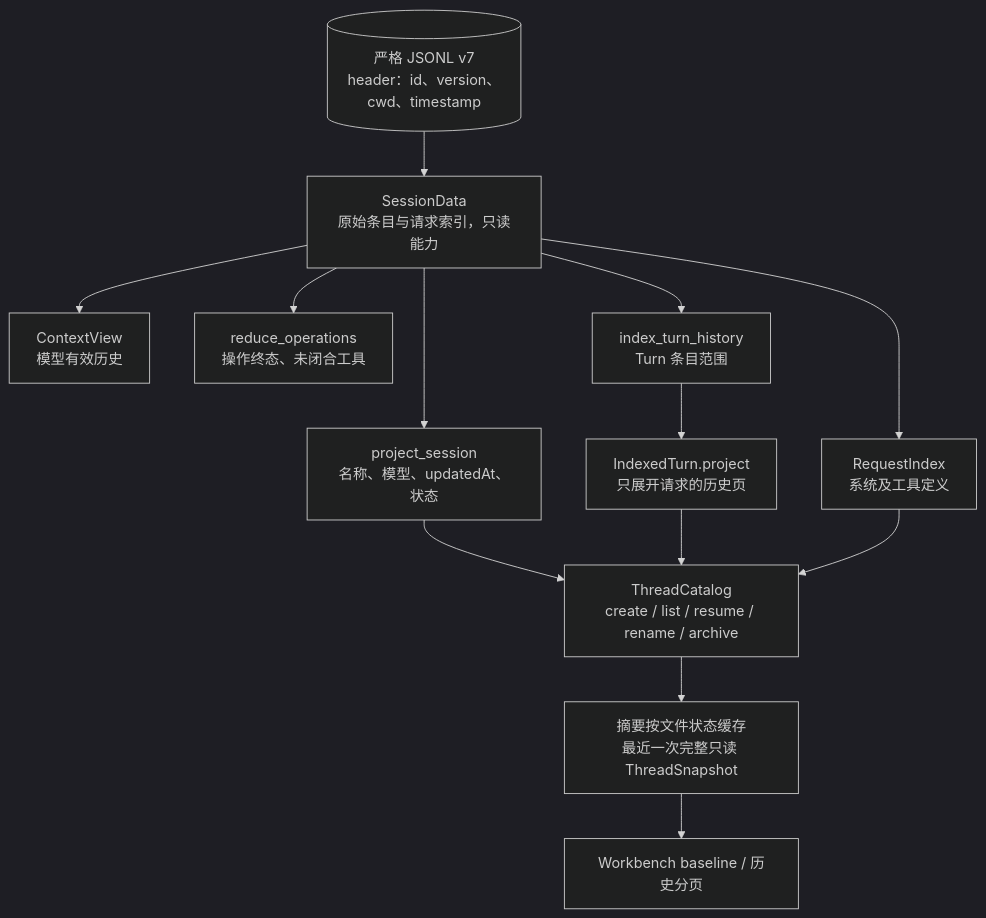
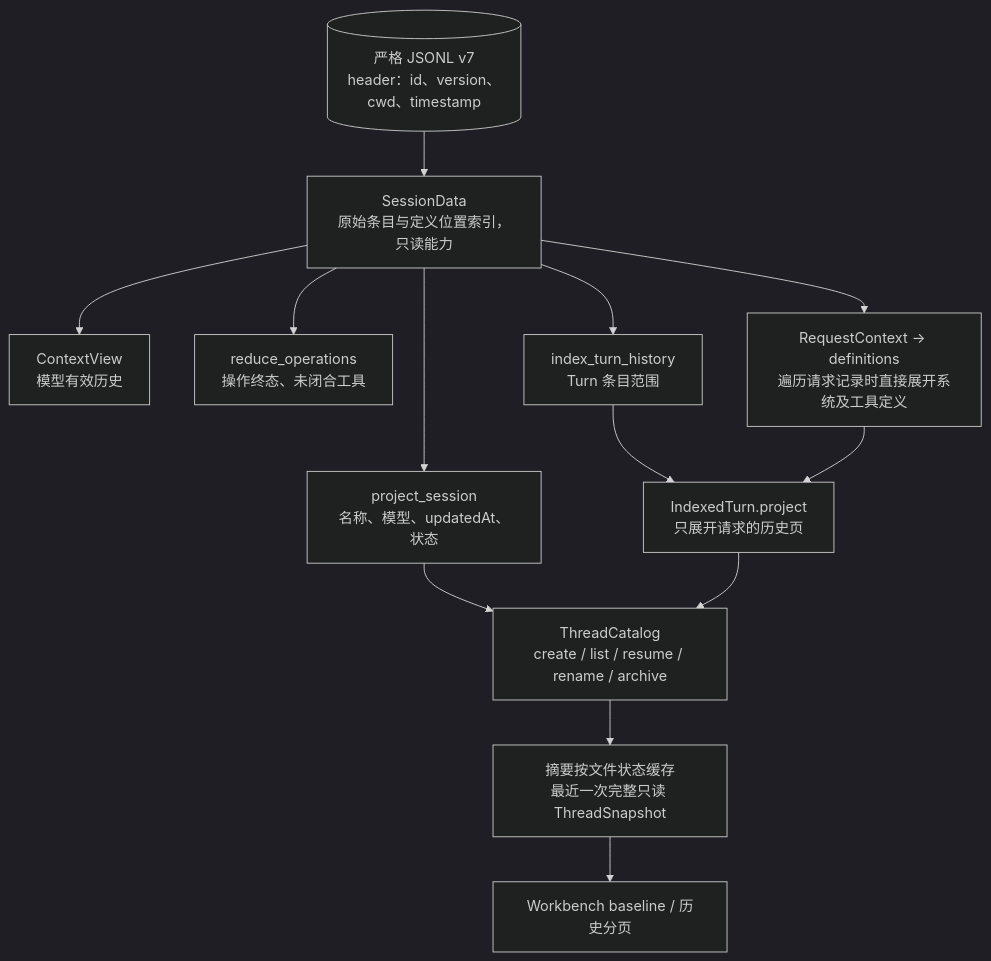
One commit to qjcnmd/singularity-agent changed diagram 27 of 29 in docs/singularity.md. Above: the diagram before and after it, drawn with Mermaid (dark theme). The commit also changed other lines of this file and 29 other files, not shown here.

````diff
--- a/docs/singularity.md
+++ b/docs/singularity.md
@@ -710,16 +710,16 @@
 ```mermaid
 flowchart TB
     JSONL[("严格 JSONL v7<br/>header：id、version、cwd、timestamp")]
-    JSONL --> Data["SessionData<br/>原始条目与请求索引，只读能力"]
+    JSONL --> Data["SessionData<br/>原始条目与定义位置索引，只读能力"]
     Data --> Context["ContextView<br/>模型有效历史"]
     Data --> Operations["reduce_operations<br/>操作终态、未闭合工具"]
     Data --> Summary["project_session<br/>名称、模型、updatedAt、状态"]
     Data --> Turns["index_turn_history<br/>Turn 条目范围"]
     Turns --> Page["IndexedTurn.project<br/>只展开请求的历史页"]
-    Data --> Requests["RequestIndex<br/>系统及工具定义"]
+    Data --> Requests["RequestContext → definitions<br/>遍历请求记录时直接展开系统及工具定义"]
     Summary --> Catalog["ThreadCatalog<br/>create / list / resume / rename / archive"]
     Page --> Catalog
-    Requests --> Catalog
+    Requests --> Page
     Catalog --> Cache["摘要按文件状态缓存<br/>最近一次完整只读 ThreadSnapshot"]
     Cache --> WB["Workbench baseline / 历史分页"]
 ```
````
